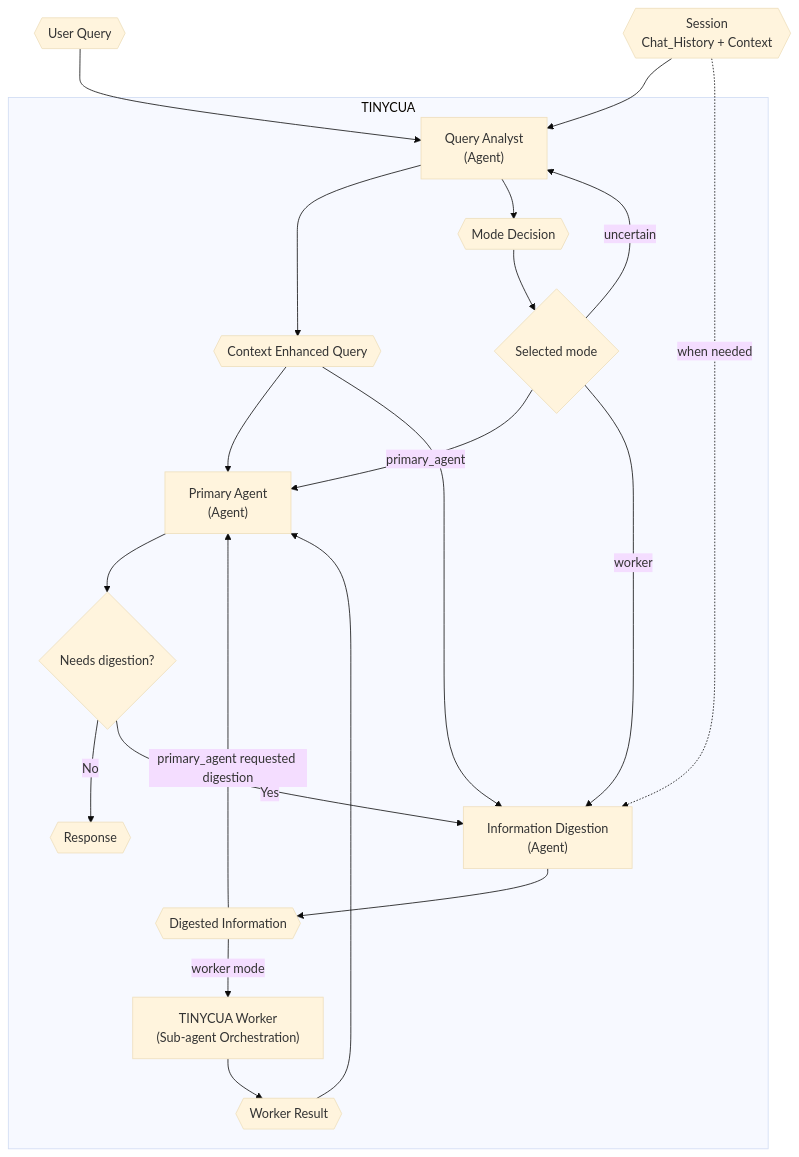
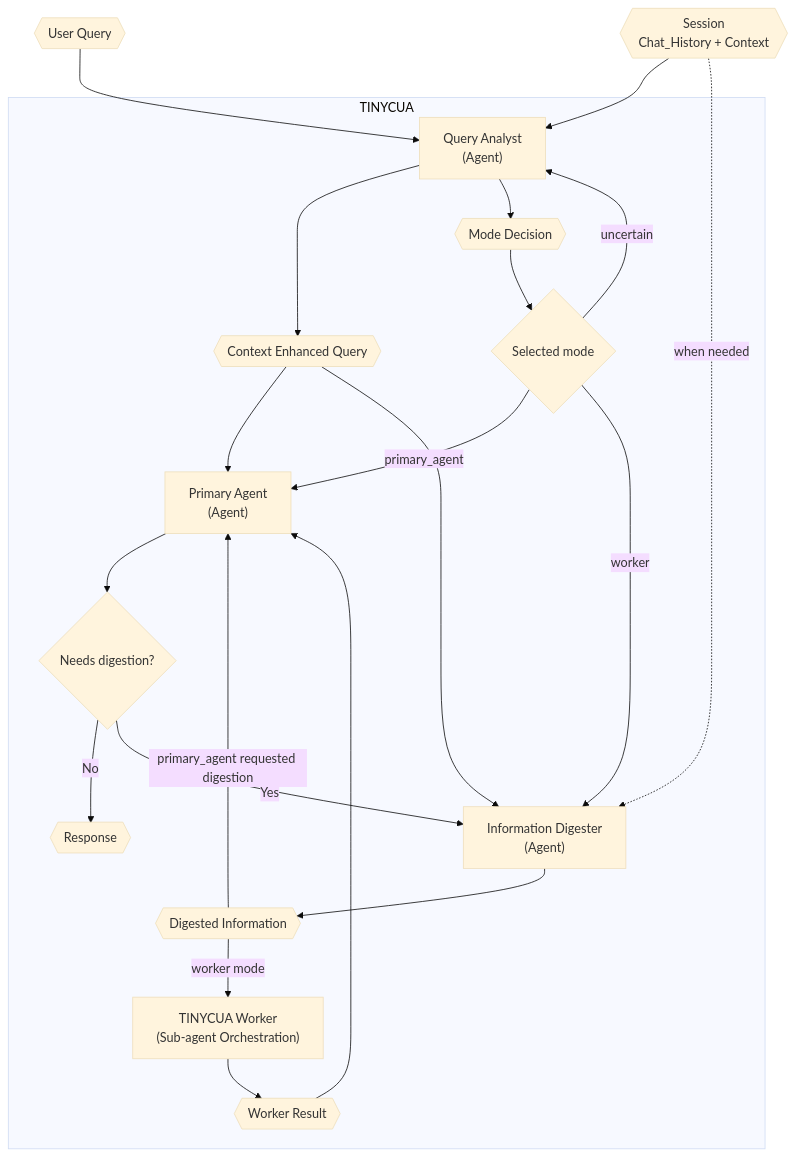
One commit to VJyzCELERY/TINYCUA changed the diagram in src/tinycua/docs/architecture/overview.md. Above: the diagram before and after it, drawn with Mermaid (base theme). The commit also changed other lines of this file and 16 other files, not shown here.

First line of the commit message:
docs(architecture): review-driven refinements to architecture documentation

````diff
--- a/src/tinycua/docs/architecture/overview.md
+++ b/src/tinycua/docs/architecture/overview.md
@@ -34,42 +34,42 @@
 ```mermaid
 flowchart TD
     subgraph TINY["TINYCUA"]
         QA["Query Analyst\n(Agent)"]
         CEQ{{"Context Enhanced Query"}}
         MD{{"Mode Decision"}}
         ROUTE{"Selected mode"}
-        ID["Information Digestion\n(Agent)"]
+        ID["Information Digester\n(Agent)"]
         DI{{"Digested Information"}}
         TW["TINYCUA Worker\n(Sub-agent Orchestration)"]
         WR{{"Worker Result"}}
         PA["Primary Agent\n(Agent)"]
         NEED_DIGEST{"Needs digestion?"}
         RESP{{"Response"}}
     end
 
     UQ{{"User Query"}}
     FSC{{"Session\nChat_History + Context"}}
 
     UQ --> QA
     FSC --> QA
     QA --> CEQ
     QA --> MD
     MD --> ROUTE
 
     ROUTE -->|primary_agent| PA
     CEQ --> PA
     PA --> NEED_DIGEST
     NEED_DIGEST -->|No| RESP
     NEED_DIGEST -->|Yes| ID
 
     ROUTE -->|worker| ID
     CEQ --> ID
     FSC -. "when needed" .-> ID
     ID --> DI
     DI -->|primary_agent requested digestion| PA
     DI -->|worker mode| TW
     TW --> WR
     WR --> PA
 
     ROUTE -->|uncertain| QA
 ```
````
